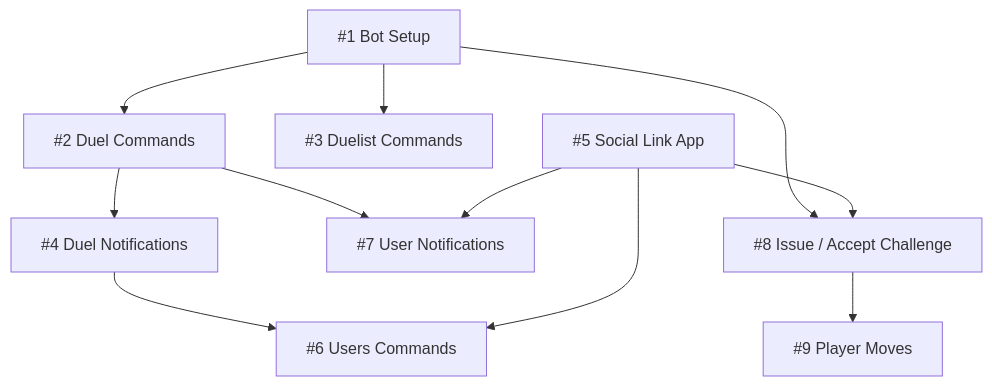
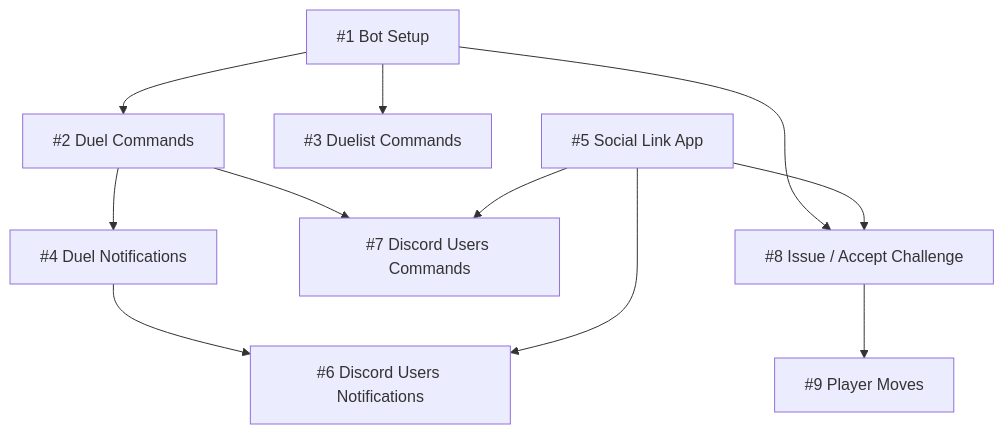
One commit to underware-gg/pistols-discord-bot changed the diagram in README.md. Above: the diagram before and after it, drawn with Mermaid. The commit also changed other lines of this file, not shown here.

````diff
--- a/README.md
+++ b/README.md
@@ -14,24 +17,24 @@
 ```mermaid
 graph TD;
   A[#1 Bot Setup];
   B[#2 Duel Commands];
   C[#3 Duelist Commands];
   D[#4 Duel Notifications];
   E[#5 Social Link App];
-  F[#6 Users Commands];
-  G[#7 User Notifications];
+  F[#6 Discord Users Notifications];
+  G[#7 Discord Users Commands];
   H[#8 Issue / Accept Challenge];
   I[#9 Player Moves];
 
   A-->B;
   A-->C;
   B-->D;
   D-->F;
   E-->F;
   B-->G;
   E-->G;
   A-->H;
   E-->H;
   H-->I;
 
 ```
````
